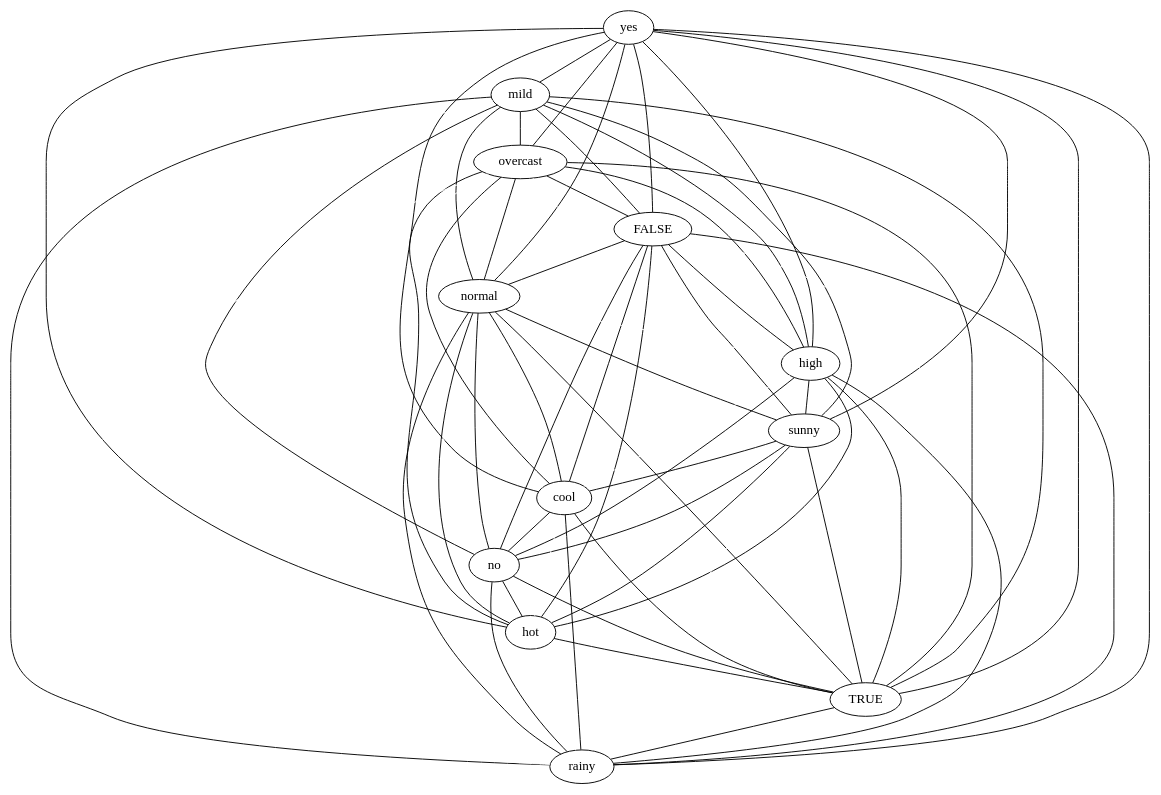
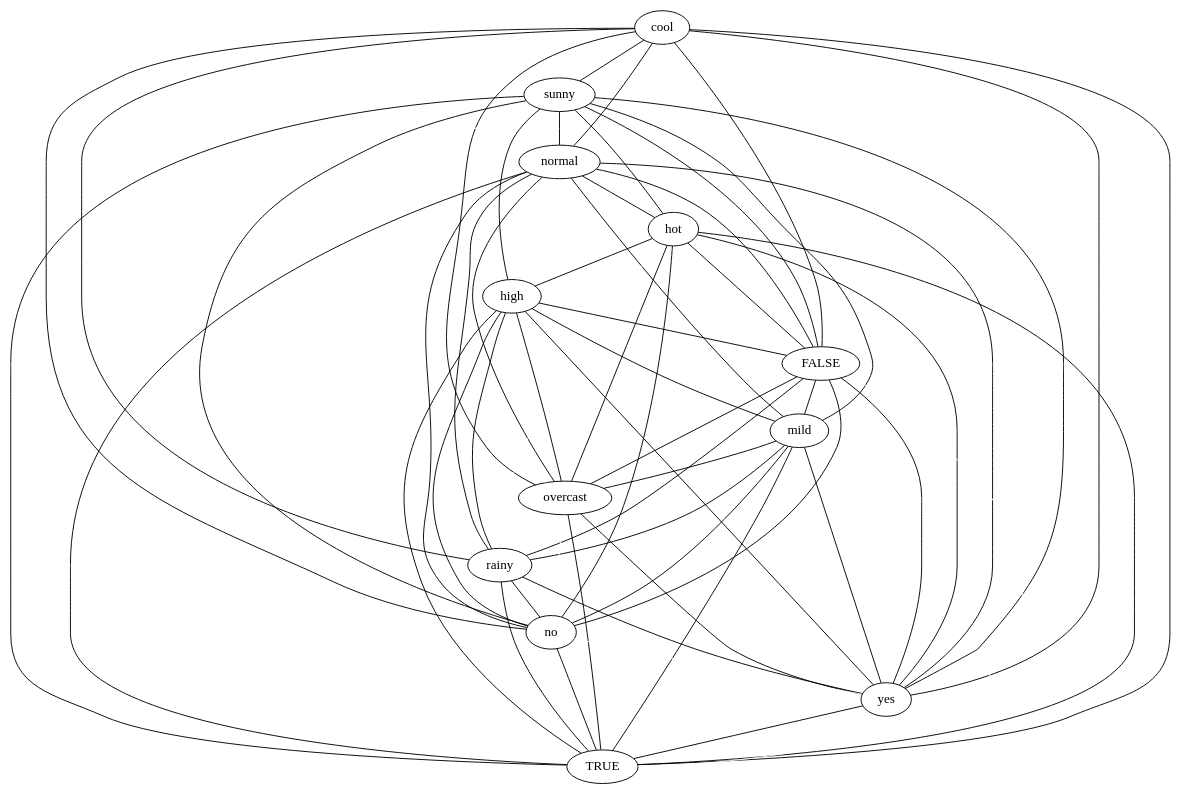
One commit to lrodrin/TFG changed the diagram in src/final/plainGraph.dot. Above: the diagram before and after it, drawn with Graphviz. The commit also changed 24 other files, not shown here.

```diff
--- a/src/final/plainGraph.dot
+++ b/src/final/plainGraph.dot
@@ -1,80 +1,80 @@
 strict graph "" {
-yes;
+cool;
+sunny;
+normal;
+hot;
+high;
+FALSE;
 mild;
 overcast;
-FALSE;
-normal;
-high;
-sunny;
-cool;
+rainy;
 no;
-hot;
+yes;
 TRUE;
-rainy;
-yes -- cool  [color=black];
-yes -- mild  [color=black];
-yes -- overcast  [color=black];
-yes -- FALSE  [color=black];
-yes -- no  [color=white];
-yes -- hot  [color=black];
+cool -- hot  [color=white];
+cool -- sunny  [color=black];
+cool -- yes  [color=black];
+cool -- normal  [color=black];
+cool -- high  [color=white];
+cool -- TRUE  [color=black];
+cool -- no  [color=black];
+cool -- FALSE  [color=black];
+cool -- overcast  [color=black];
+cool -- rainy  [color=black];
+cool -- mild  [color=white];
+sunny -- hot  [color=black];
+sunny -- yes  [color=black];
+sunny -- normal  [color=black];
+sunny -- high  [color=black];
+sunny -- TRUE  [color=black];
+sunny -- no  [color=black];
+sunny -- FALSE  [color=black];
+sunny -- overcast  [color=white];
+sunny -- rainy  [color=white];
+sunny -- mild  [color=black];
+normal -- hot  [color=black];
+normal -- yes  [color=black];
+normal -- overcast  [color=black];
+normal -- high  [color=white];
+normal -- no  [color=black];
+normal -- FALSE  [color=black];
+normal -- TRUE  [color=black];
+normal -- rainy  [color=black];
+normal -- mild  [color=black];
+hot -- yes  [color=black];
+hot -- FALSE  [color=black];
+hot -- TRUE  [color=black];
+hot -- no  [color=black];
+hot -- high  [color=black];
+hot -- overcast  [color=black];
+hot -- rainy  [color=white];
+hot -- mild  [color=white];
+high -- yes  [color=black];
+high -- FALSE  [color=black];
+high -- TRUE  [color=black];
+high -- no  [color=black];
+high -- overcast  [color=black];
+high -- rainy  [color=black];
+high -- mild  [color=black];
+FALSE -- yes  [color=black];
+FALSE -- TRUE  [color=white];
+FALSE -- no  [color=black];
+FALSE -- overcast  [color=black];
+FALSE -- rainy  [color=black];
+FALSE -- mild  [color=black];
+mild -- yes  [color=black];
+mild -- TRUE  [color=black];
+mild -- no  [color=black];
+mild -- rainy  [color=black];
+mild -- overcast  [color=black];
+overcast -- yes  [color=black];
+overcast -- TRUE  [color=black];
+overcast -- no  [color=white];
+overcast -- rainy  [color=white];
+rainy -- yes  [color=black];
+rainy -- TRUE  [color=black];
+rainy -- no  [color=black];
+no -- yes  [color=white];
+no -- TRUE  [color=black];
 yes -- TRUE  [color=black];
-yes -- normal  [color=black];
-yes -- high  [color=black];
-yes -- rainy  [color=black];
-yes -- sunny  [color=black];
-mild -- cool  [color=white];
-mild -- overcast  [color=black];
-mild -- FALSE  [color=black];
-mild -- no  [color=black];
-mild -- hot  [color=white];
-mild -- TRUE  [color=black];
-mild -- normal  [color=black];
-mild -- high  [color=black];
-mild -- rainy  [color=black];
-mild -- sunny  [color=black];
-overcast -- cool  [color=black];
-overcast -- FALSE  [color=black];
-overcast -- no  [color=white];
-overcast -- hot  [color=black];
-overcast -- TRUE  [color=black];
-overcast -- normal  [color=black];
-overcast -- high  [color=black];
-overcast -- rainy  [color=white];
-overcast -- sunny  [color=white];
-FALSE -- cool  [color=black];
-FALSE -- no  [color=black];
-FALSE -- hot  [color=black];
-FALSE -- TRUE  [color=white];
-FALSE -- normal  [color=black];
-FALSE -- high  [color=black];
-FALSE -- rainy  [color=black];
-FALSE -- sunny  [color=black];
-normal -- cool  [color=black];
-normal -- no  [color=black];
-normal -- hot  [color=black];
-normal -- TRUE  [color=black];
-normal -- high  [color=white];
-normal -- rainy  [color=black];
-normal -- sunny  [color=black];
-high -- cool  [color=white];
-high -- no  [color=black];
-high -- TRUE  [color=black];
-high -- sunny  [color=black];
-high -- rainy  [color=black];
-high -- hot  [color=black];
-sunny -- cool  [color=black];
-sunny -- no  [color=black];
-sunny -- TRUE  [color=black];
-sunny -- rainy  [color=white];
-sunny -- hot  [color=black];
-cool -- no  [color=black];
-cool -- hot  [color=white];
-cool -- TRUE  [color=black];
-cool -- rainy  [color=black];
-no -- hot  [color=black];
-no -- TRUE  [color=black];
-no -- rainy  [color=black];
-hot -- TRUE  [color=black];
-hot -- rainy  [color=white];
-TRUE -- rainy  [color=black];
 }
```
